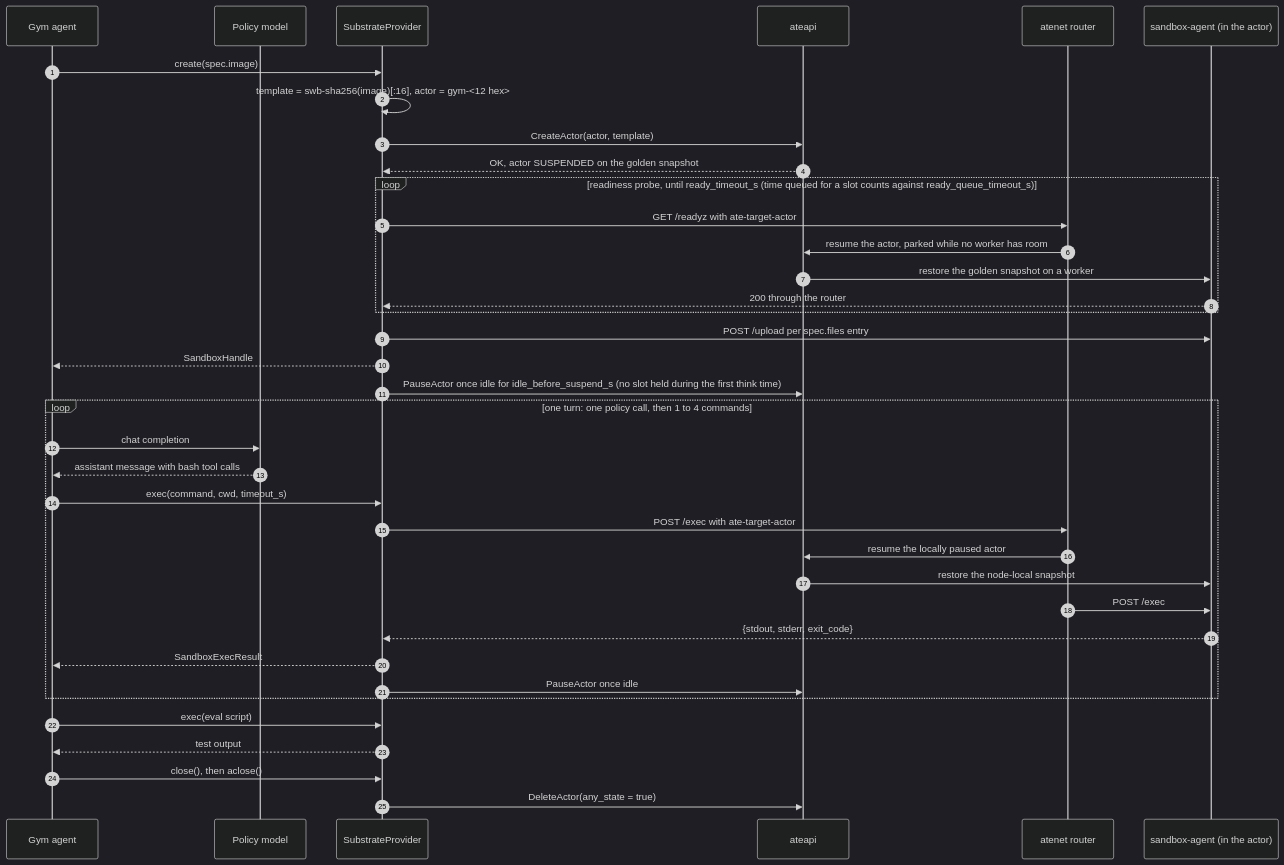
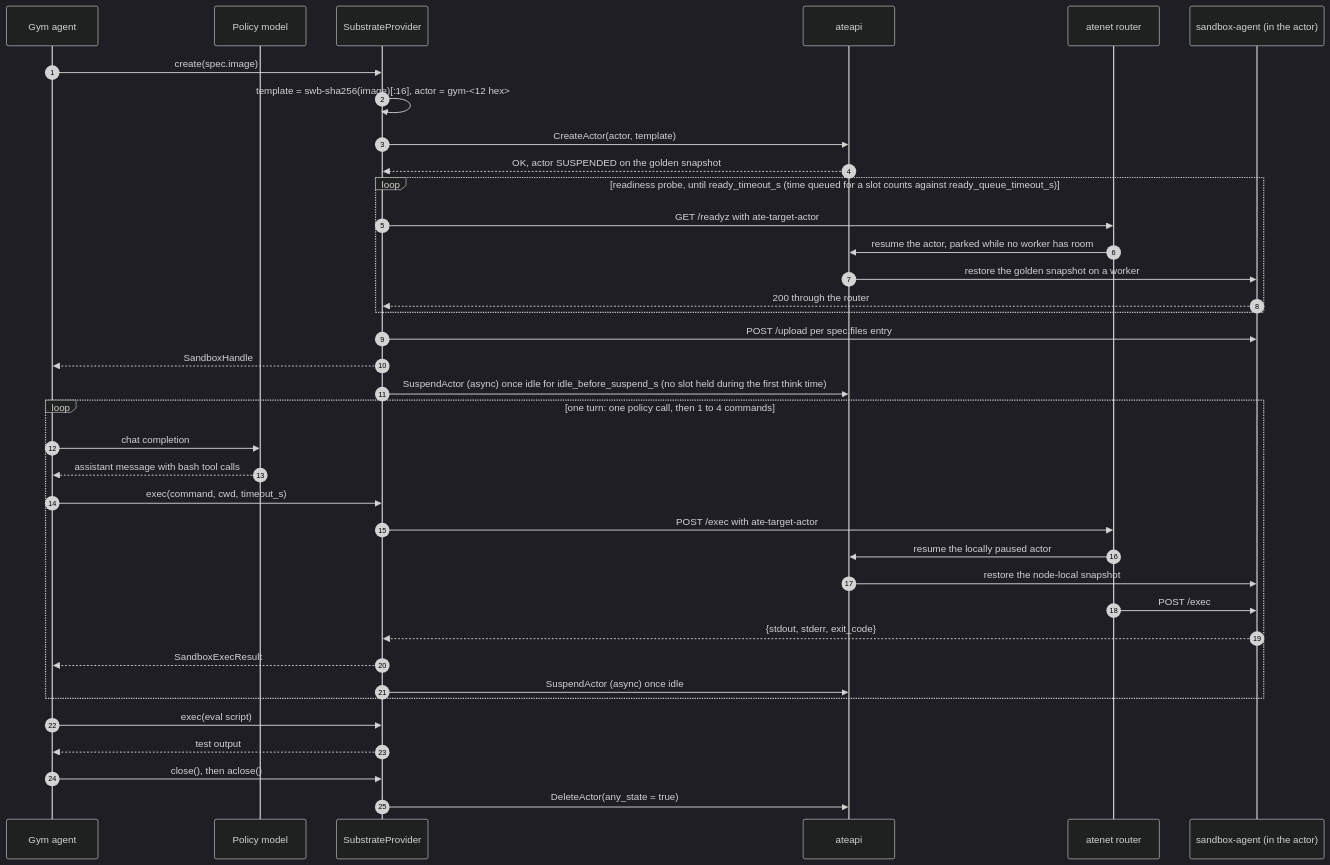
Before and after one commit to dims/gym-substrate: the third of 8 diagrams in docs/architecture.md, drawn with Mermaid (dark theme). The commit also changed other lines of this file and 7 other files, not shown here.

````diff
--- a/docs/architecture.md
+++ b/docs/architecture.md
@@ -119,42 +119,42 @@
 ```mermaid
 sequenceDiagram
   autonumber
   participant G as Gym agent
   participant M as Policy model
   participant P as SubstrateProvider
   participant A as ateapi
   participant R as atenet router
   participant S as sandbox-agent (in the actor)
 
   G->>P: create(spec.image)
   P->>P: template = swb-sha256(image)[:16], actor = gym-<12 hex>
   P->>A: CreateActor(actor, template)
   A-->>P: OK, actor SUSPENDED on the golden snapshot
   loop readiness probe, until ready_timeout_s (time queued for a slot counts against ready_queue_timeout_s)
     P->>R: GET /readyz with ate-target-actor
     R->>A: resume the actor, parked while no worker has room
     A->>S: restore the golden snapshot on a worker
     S-->>P: 200 through the router
   end
   P->>S: POST /upload per spec.files entry
   P-->>G: SandboxHandle
-  P->>A: PauseActor once idle for idle_before_suspend_s (no slot held during the first think time)
+  P->>A: SuspendActor (async) once idle for idle_before_suspend_s (no slot held during the first think time)
 
   loop one turn: one policy call, then 1 to 4 commands
     G->>M: chat completion
     M-->>G: assistant message with bash tool calls
     G->>P: exec(command, cwd, timeout_s)
     P->>R: POST /exec with ate-target-actor
     R->>A: resume the locally paused actor
     A->>S: restore the node-local snapshot
     R->>S: POST /exec
     S-->>P: {stdout, stderr, exit_code}
     P-->>G: SandboxExecResult
-    P->>A: PauseActor once idle
+    P->>A: SuspendActor (async) once idle
   end
 
   G->>P: exec(eval script)
   P-->>G: test output
   G->>P: close(), then aclose()
   P->>A: DeleteActor(any_state = true)
 ```
````
